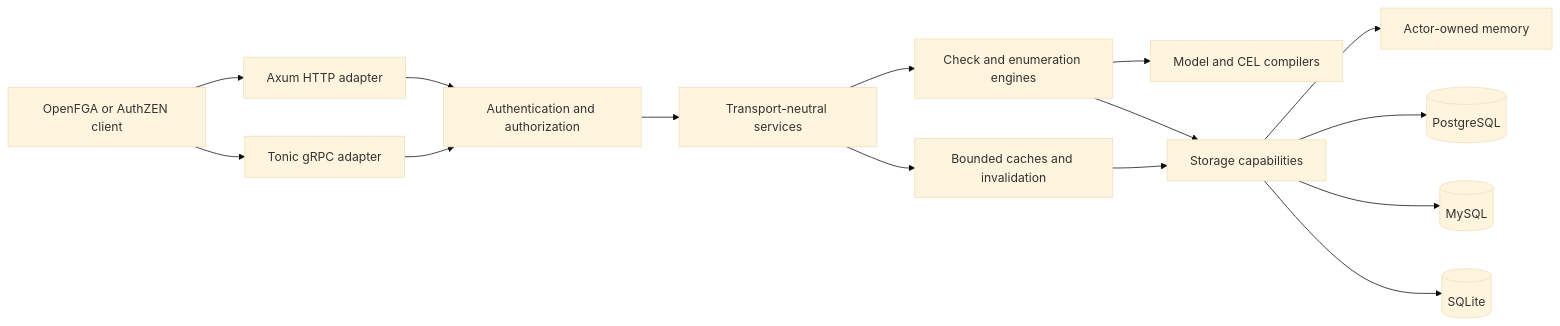
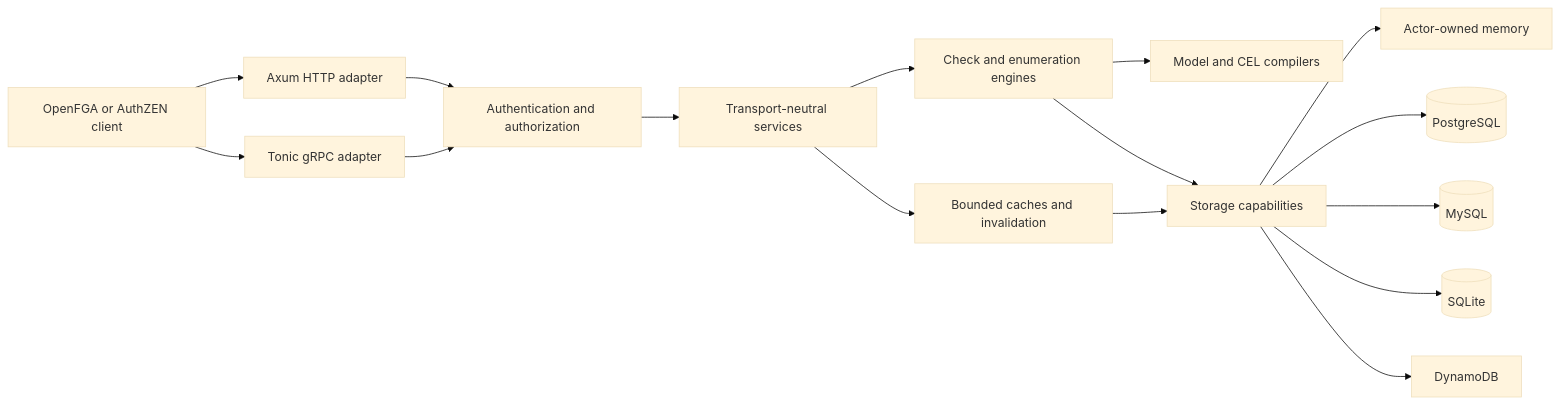
One commit to tyrchen/openfga-rs changed the diagram in docs/architecture.md. Above: the diagram before and after it, drawn with Mermaid (base theme). The commit also changed other lines of this file and 53 other files, not shown here.

Commit message:
feat: add DynamoDB storage backend

````diff
--- a/docs/architecture.md
+++ b/docs/architecture.md
@@ -25,31 +25,32 @@
 ```mermaid
 flowchart LR
     Client[OpenFGA or AuthZEN client]
     HTTP[Axum HTTP adapter]
     GRPC[Tonic gRPC adapter]
     Auth[Authentication and authorization]
     Service[Transport-neutral services]
     Eval[Check and enumeration engines]
     Cache[Bounded caches and invalidation]
     Model[Model and CEL compilers]
     Storage[Storage capabilities]
     Memory[Actor-owned memory]
     Postgres[(PostgreSQL)]
     MySQL[(MySQL)]
     SQLite[(SQLite)]
 
     Client --> HTTP
     Client --> GRPC
     HTTP --> Auth
     GRPC --> Auth
     Auth --> Service
     Service --> Eval
     Service --> Cache
     Eval --> Model
     Eval --> Storage
     Cache --> Storage
     Storage --> Memory
     Storage --> Postgres
     Storage --> MySQL
     Storage --> SQLite
+    Storage --> DynamoDB
 ```
````
